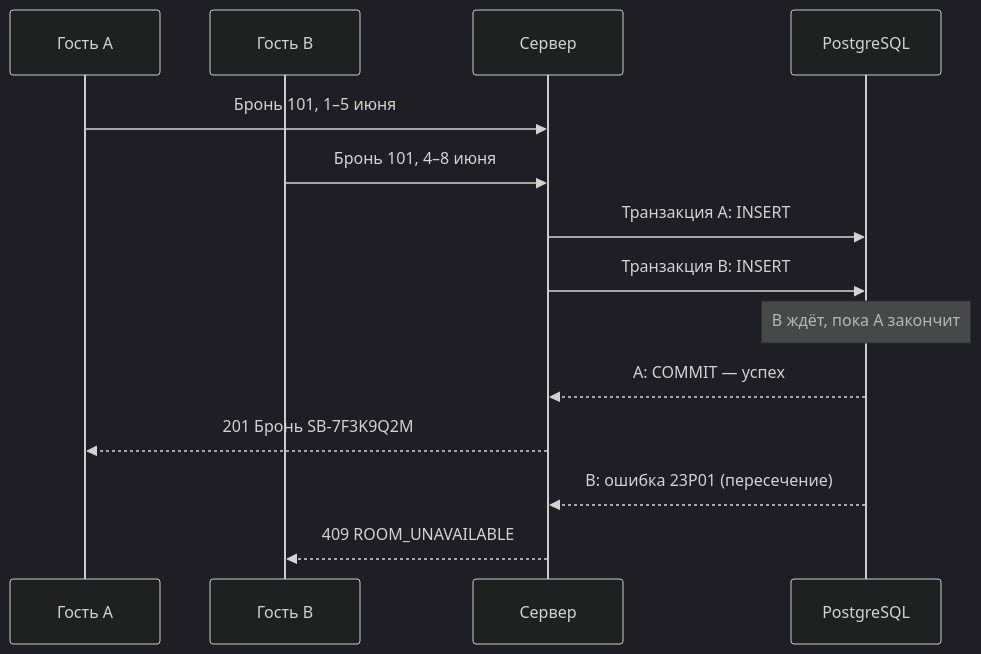
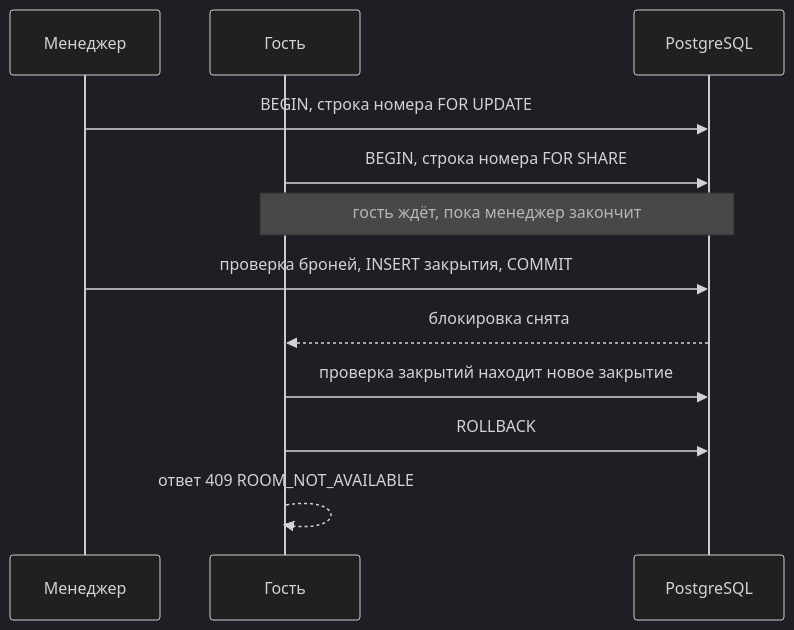
Before and after one commit to Murodzon/staybook: the eighth of 9 diagrams in Technical_Design.md, drawn with Mermaid (dark theme). The commit also changed other lines of this file, not shown here.

````diff
--- a/Technical_Design.md
+++ b/Technical_Design.md
@@ -1803,16 +1383,14 @@
 ```mermaid
 sequenceDiagram
-    participant A as Гость A
-    participant B as Гость B
-    participant API as Сервер
+    participant M as Менеджер
+    participant G as Гость
     participant DB as PostgreSQL
-    A->>API: Бронь 101, 1–5 июня
-    B->>API: Бронь 101, 4–8 июня
-    API->>DB: Транзакция A: INSERT
-    API->>DB: Транзакция B: INSERT
-    Note over DB: B ждёт, пока A закончит
-    DB-->>API: A: COMMIT — успех
-    API-->>A: 201 Бронь SB-7F3K9Q2M
-    DB-->>API: B: ошибка 23P01 (пересечение)
-    API-->>B: 409 ROOM_UNAVAILABLE
+    M->>DB: BEGIN, строка номера FOR UPDATE
+    G->>DB: BEGIN, строка номера FOR SHARE
+    Note over G,DB: гость ждёт, пока менеджер закончит
+    M->>DB: проверка броней, INSERT закрытия, COMMIT
+    DB-->>G: блокировка снята
+    G->>DB: проверка закрытий находит новое закрытие
+    G->>DB: ROLLBACK
+    G-->>G: ответ 409 ROOM_NOT_AVAILABLE
 ```
````
